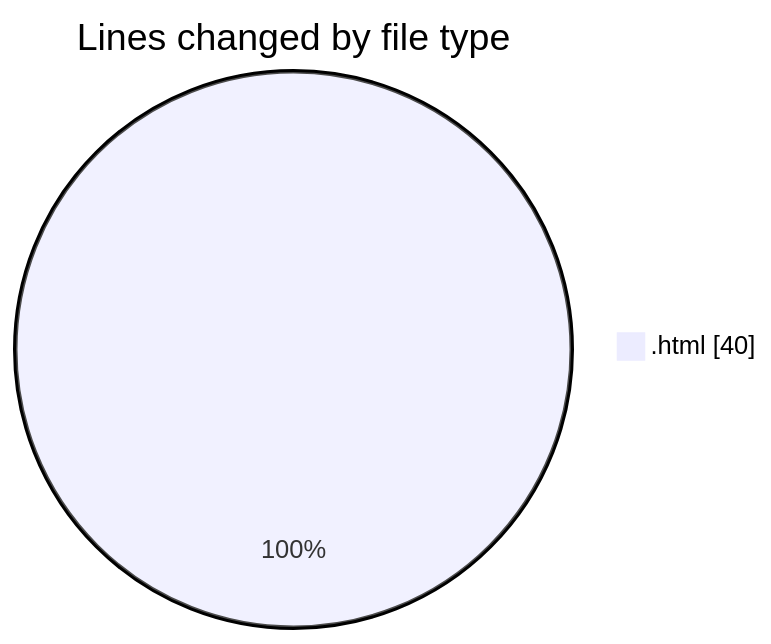
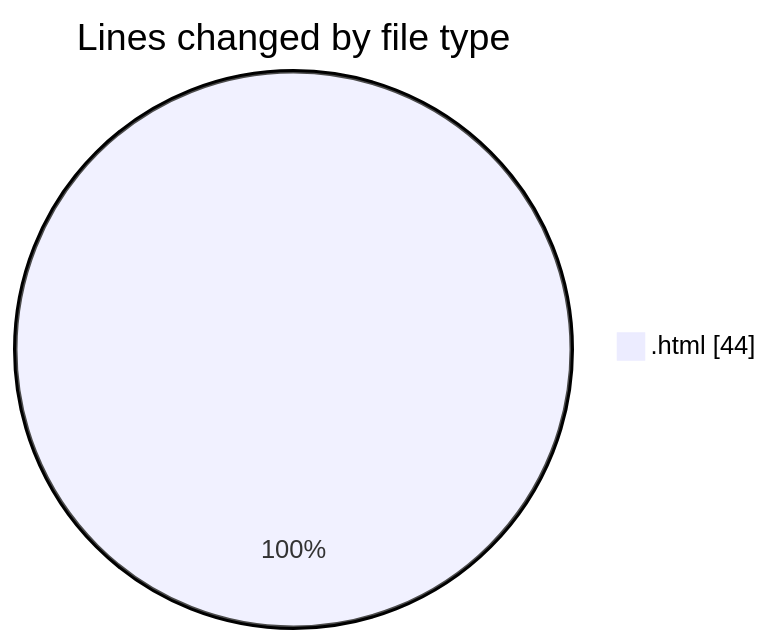
One commit to LanceThiago/code-tracking changed the first of 2 diagrams in 2025-01-09/nueva_carpeta/README.md. Above: the diagram before and after it, drawn with Mermaid. The commit also changed other lines of this file and 1 other file, not shown here.

````diff
--- a/2025-01-09/nueva_carpeta/README.md
+++ b/2025-01-09/nueva_carpeta/README.md
@@ -20,5 +20,5 @@
 ```mermaid
 pie showData
 title Lines changed by file type
-".html" : 40
+".html" : 44
 ```
````
